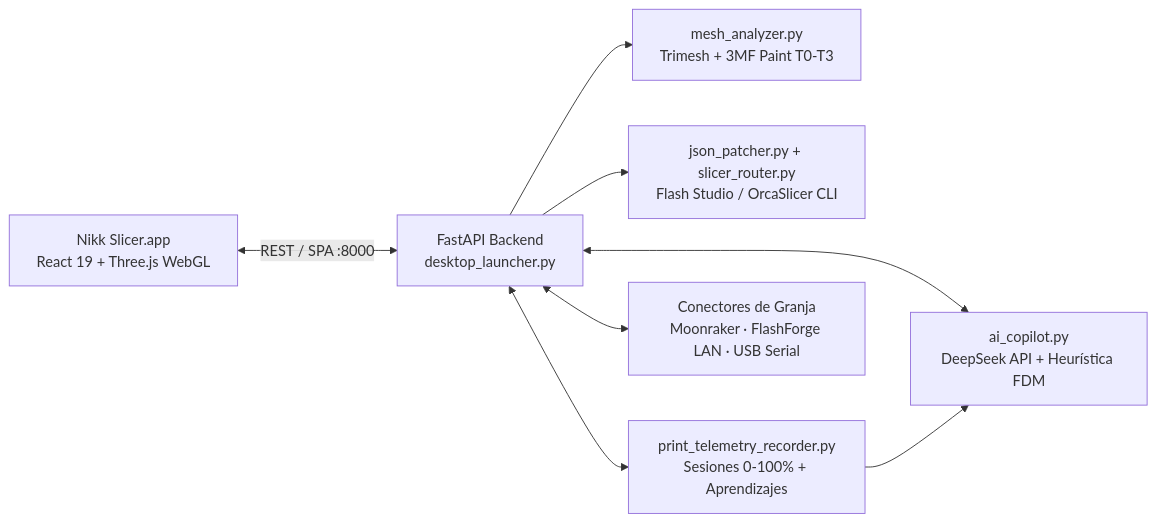
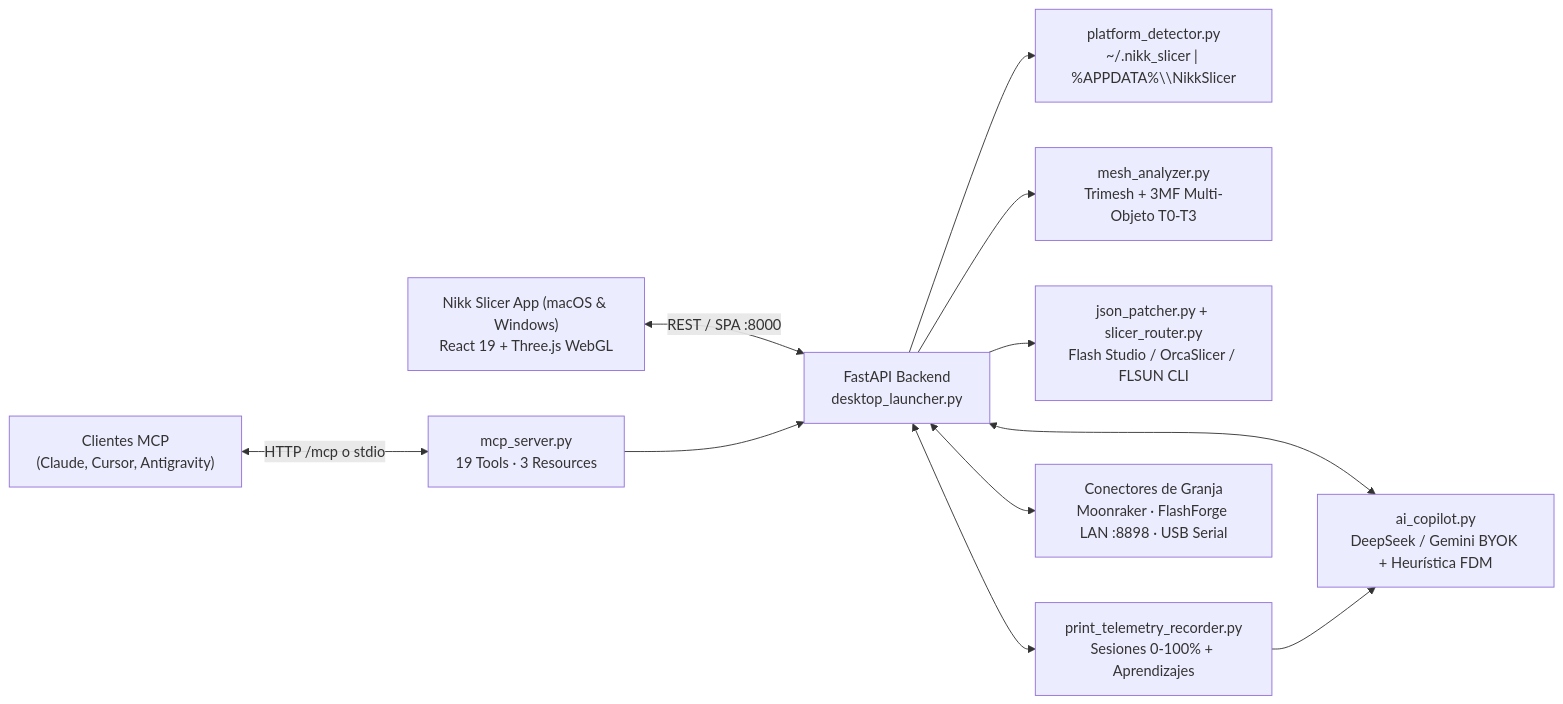
One commit to alzheimeer/nikk-slicer changed the diagram in README.md. Above: the diagram before and after it, drawn with Mermaid. The commit also changed other lines of this file and 14 other files, not shown here.

Commit message:
feat: cross-platform macOS/Windows launcher, slicer auto-detection, dual AI (DeepSeek/Gemini), internal MCP server & Windows Inno Setup CI

````diff
--- a/README.md
+++ b/README.md
@@ -125,10 +154,13 @@
 ```mermaid
 flowchart LR
-    UI["Nikk Slicer.app<br/>React 19 + Three.js WebGL"] <-->|REST / SPA :8000| API["FastAPI Backend<br/>desktop_launcher.py"]
-    API --> MESH["mesh_analyzer.py<br/>Trimesh + 3MF Paint T0-T3"]
-    API --> PATCH["json_patcher.py + slicer_router.py<br/>Flash Studio / OrcaSlicer CLI"]
-    API <--> AI["ai_copilot.py<br/>DeepSeek API + Heurística FDM"]
+    UI["Nikk Slicer App (macOS & Windows)<br/>React 19 + Three.js WebGL"] <-->|REST / SPA :8000| API["FastAPI Backend<br/>desktop_launcher.py"]
+    MCP_C["Clientes MCP<br/>(Claude, Cursor, Antigravity)"] <-->|HTTP /mcp o stdio| MCP["mcp_server.py<br/>19 Tools · 3 Resources"]
+    MCP --> API
+    API --> DET["platform_detector.py<br/>~/.nikk_slicer | %APPDATA%\\NikkSlicer"]
+    API --> MESH["mesh_analyzer.py<br/>Trimesh + 3MF Multi-Objeto T0-T3"]
+    API --> PATCH["json_patcher.py + slicer_router.py<br/>Flash Studio / OrcaSlicer / FLSUN CLI"]
+    API <--> AI["ai_copilot.py<br/>DeepSeek / Gemini BYOK + Heurística FDM"]
     API <--> REC["print_telemetry_recorder.py<br/>Sesiones 0-100% + Aprendizajes"]
     REC --> AI
-    API <--> HW["Conectores de Granja<br/>Moonraker · FlashForge LAN · USB Serial"]
+    API <--> HW["Conectores de Granja<br/>Moonraker · FlashForge LAN :8898 · USB Serial"]
 ```
````
